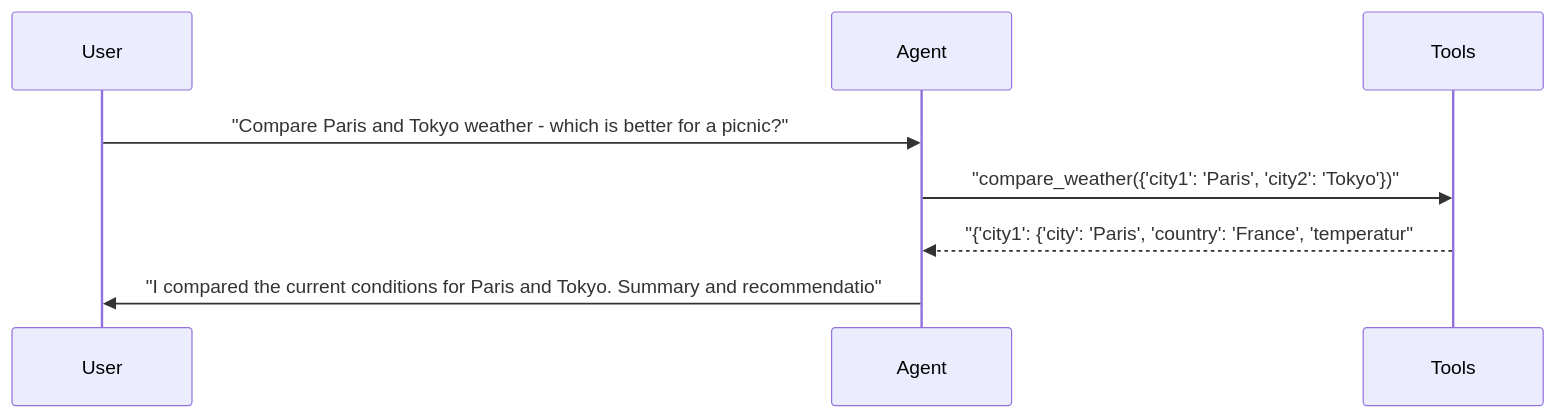
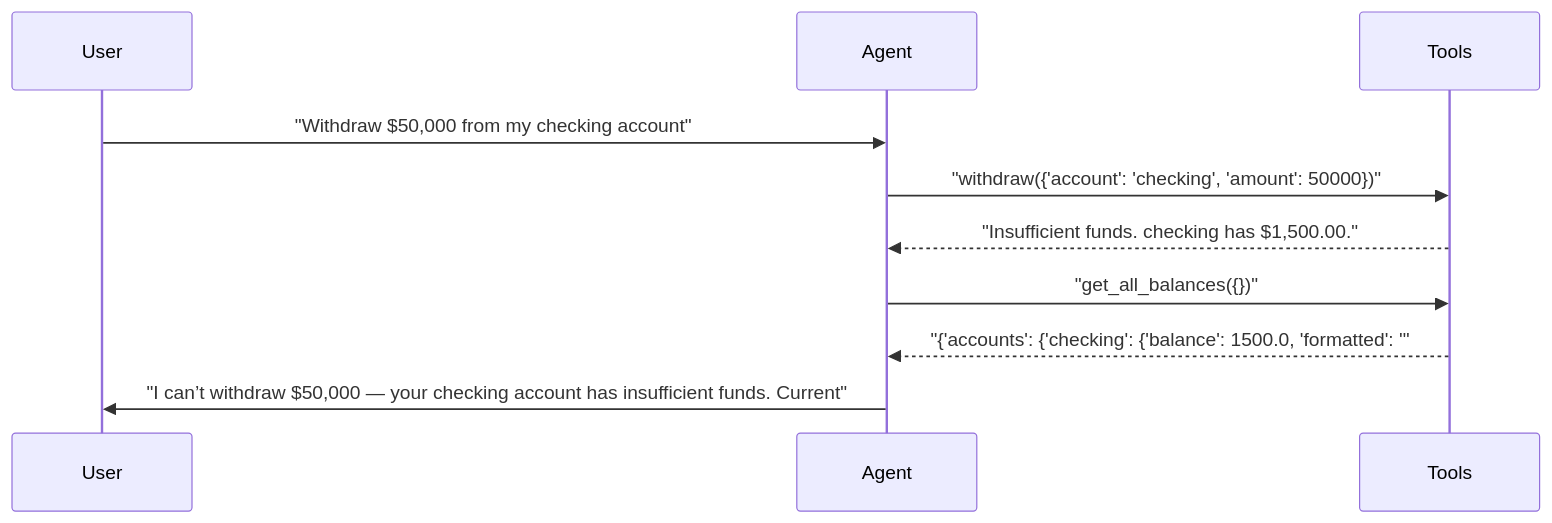
Before and after one commit to sbroenne/pytest-aitest: the fifth of 6 diagrams in docs/reports/02_multi_agent.md, drawn with Mermaid. The commit also changed other lines of this file and 132 other files, not shown here.

````diff
--- a/docs/reports/02_multi_agent.md
+++ b/docs/reports/02_multi_agent.md
@@ -286,11 +291,13 @@
 ```mermaid
 sequenceDiagram
     participant User
     participant Agent
     participant Tools
 
-    User->>Agent: "Compare Paris and Tokyo weather - which is better for a picnic?"
-    Agent->>Tools: "compare_weather({'city1': 'Paris', 'city2': 'Tokyo'})"
-    Tools-->>Agent: "{'city1': {'city': 'Paris', 'country': 'France', 'temperatur"
-    Agent->>User: "I compared the current conditions for Paris and Tokyo. Summary and recommendatio"
+    User->>Agent: "Withdraw $50,000 from my checking account"
+    Agent->>Tools: "withdraw({'account': 'checking', 'amount': 50000})"
+    Tools-->>Agent: "Insufficient funds. checking has $1,500.00."
+    Agent->>Tools: "get_all_balances({})"
+    Tools-->>Agent: "{'accounts': {'checking': {'balance': 1500.0, 'formatted': '"
+    Agent->>User: "I can’t withdraw $50,000 — your checking account has insufficient funds. Current"
 ```
````
